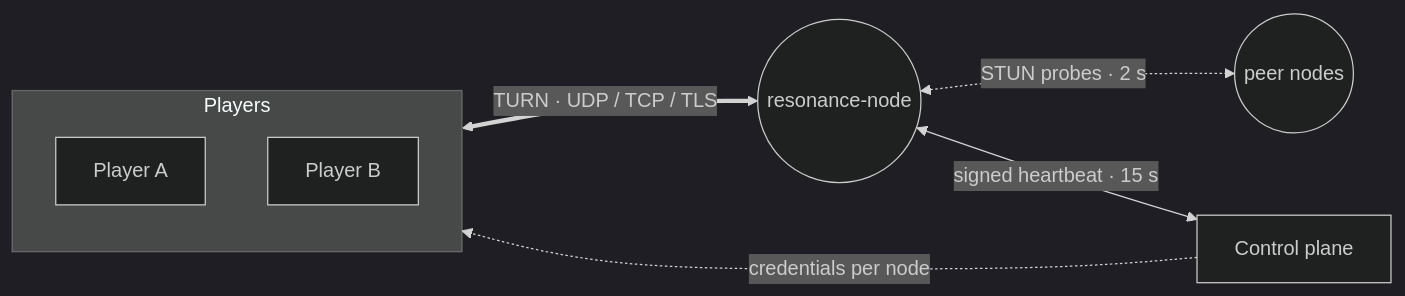
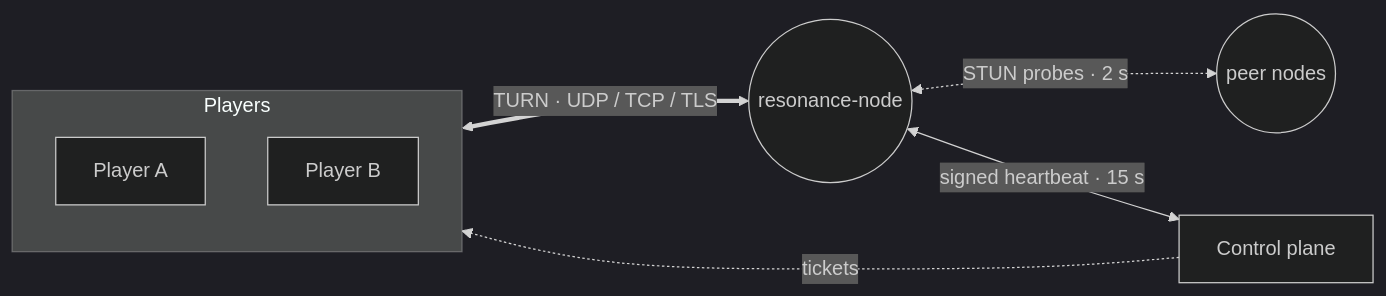
Before and after one commit to gamerelay/resonance: the diagram in README.md, drawn with Mermaid (dark theme). The commit also changed other lines of this file and 13 other files, not shown here.

````diff
--- a/README.md
+++ b/README.md
@@ -58,14 +59,14 @@
 ```mermaid
 flowchart LR
   subgraph players [Players]
     A[Player A]
     B[Player B]
   end
   N((resonance-node))
   P((peer nodes))
   CP[Control plane]
   players <== "TURN · UDP / TCP / TLS" ==> N
   N <-. "STUN probes · 2 s" .-> P
   N <-- "signed heartbeat · 15 s" --> CP
-  CP -. "credentials per node" .-> players
+  CP -. "tickets" .-> players
 ```
````
